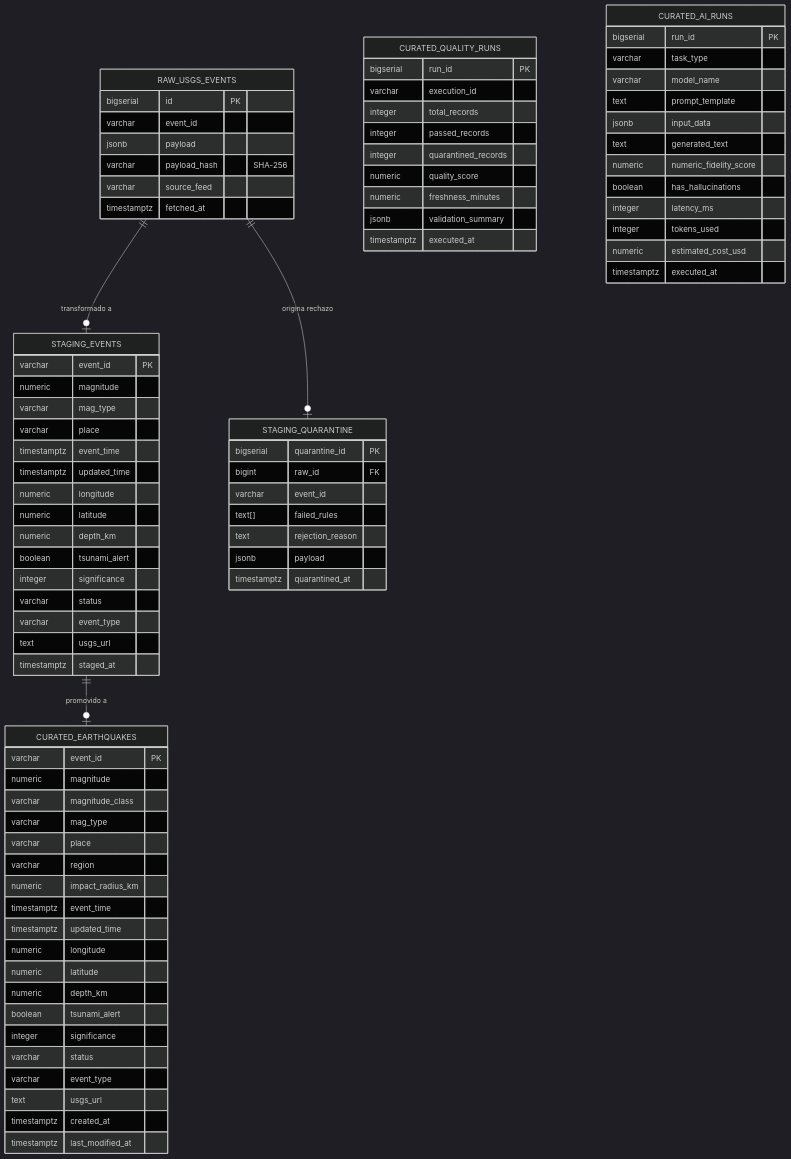
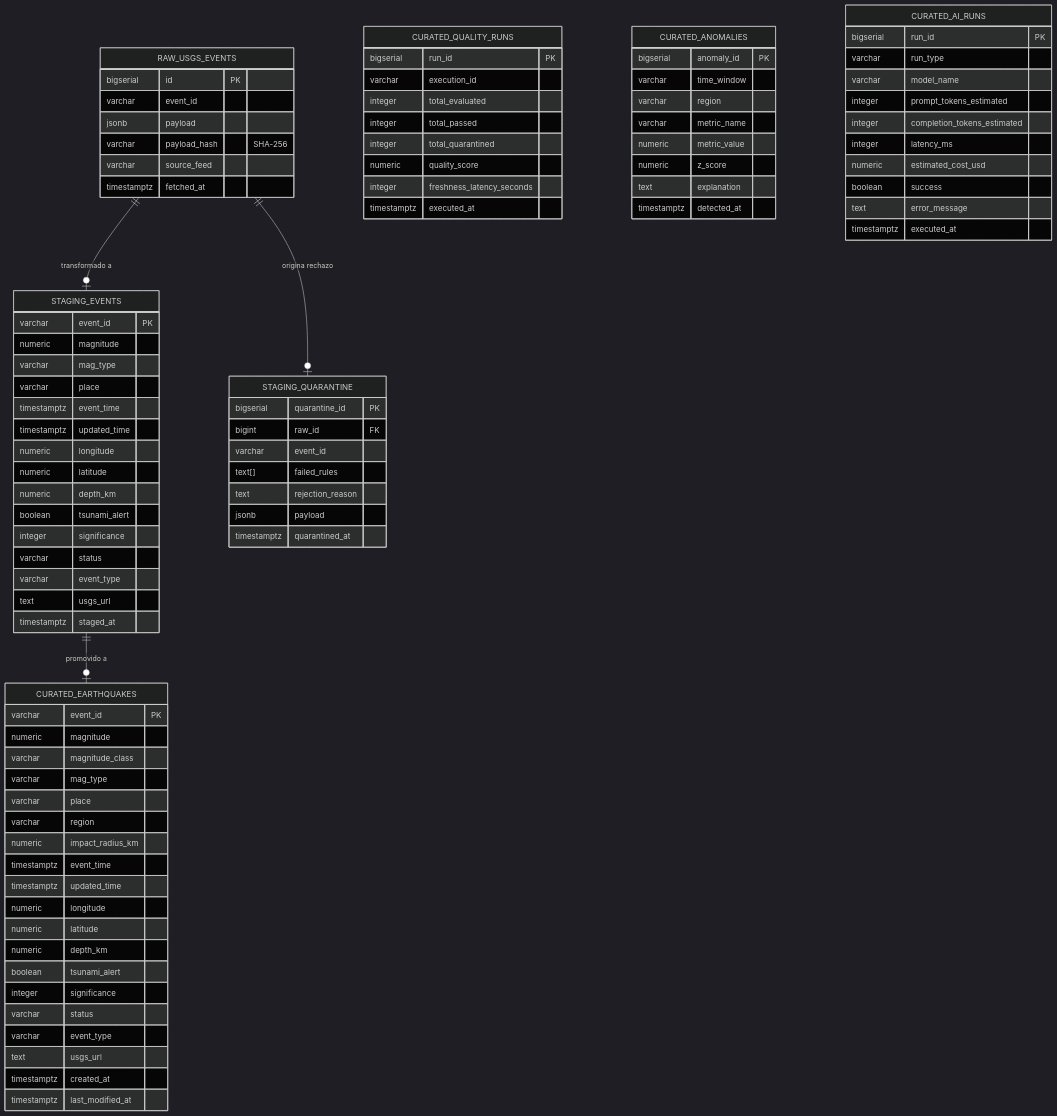
One commit to Brxynxr/SismoWatch changed the second of 2 diagrams in docs/ARQUITECTURA.md. Above: the diagram before and after it, drawn with Mermaid (dark theme). The commit also changed other lines of this file and 1 other file, not shown here.

Commit message:
docs(readme-arch): actualizar documentacion general, arquitectura y estructura del repositorio
QUÉ SE HIZO:
- Se actualizó README.md reflejando 46/46 pruebas pasando, 5 elementos diferenciadores (sumando validación Pydantic anti-alucinaciones y seguridad defensiva POLP/RBAC), despliegue dual (Completo con MinIO y Liviano sin MinIO), tabla de 7 suites de pruebas y árbol de directorios incluyendo prompts/, tests/test_ai_validation.py y docs/AUDITORIA_COMPLETA.md.
- Se actualizó docs/ARQUITECTURA.md alineando el diagrama ERD con las columnas reales de curated.quality_runs, curated.anomalies y curated.ai_runs, y actualizando la decisión técnica de SSE al uso de EventSource con token JWT validado en query param.

POR QUÉ SE ELIGIÓ ASÍ:
- Para garantizar absoluta coherencia entre el código fuente, las tablas de base de datos, los resultados de pruebas y la documentación técnica entregable al evaluador/Tech Lead, eliminando discrepancias detectadas durante la auditoría.

CÓMO SE VERIFICÓ:
- git diff inspeccionado exhaustivamente.
- gitleaks protect --staged ejecutado con 0 leaks encontrados.
- Coincidencia exacta de firmas ERD contra db/init/02_tables_and_views.sql y routers de FastAPI.

```diff
--- a/docs/ARQUITECTURA.md
+++ b/docs/ARQUITECTURA.md
@@ -138,27 +138,35 @@
     CURATED_QUALITY_RUNS {
         bigserial run_id PK
         varchar execution_id
-        integer total_records
-        integer passed_records
-        integer quarantined_records
+        integer total_evaluated
+        integer total_passed
+        integer total_quarantined
         numeric quality_score
-        numeric freshness_minutes
-        jsonb validation_summary
+        integer freshness_latency_seconds
         timestamptz executed_at
+    }
+
+    CURATED_ANOMALIES {
+        bigserial anomaly_id PK
+        varchar time_window
+        varchar region
+        varchar metric_name
+        numeric metric_value
+        numeric z_score
+        text explanation
+        timestamptz detected_at
     }
 
     CURATED_AI_RUNS {
         bigserial run_id PK
-        varchar task_type
+        varchar run_type
         varchar model_name
-        text prompt_template
-        jsonb input_data
-        text generated_text
-        numeric numeric_fidelity_score
-        boolean has_hallucinations
+        integer prompt_tokens_estimated
+        integer completion_tokens_estimated
         integer latency_ms
-        integer tokens_used
         numeric estimated_cost_usd
+        boolean success
+        text error_message
         timestamptz executed_at
     }
 
```
